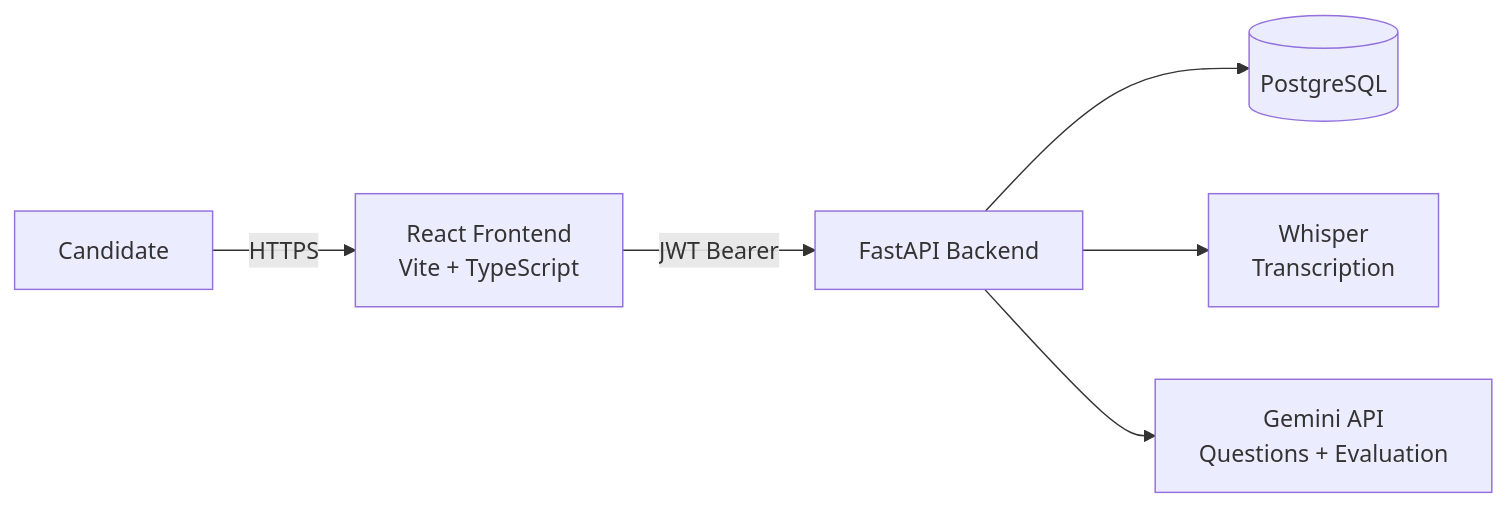
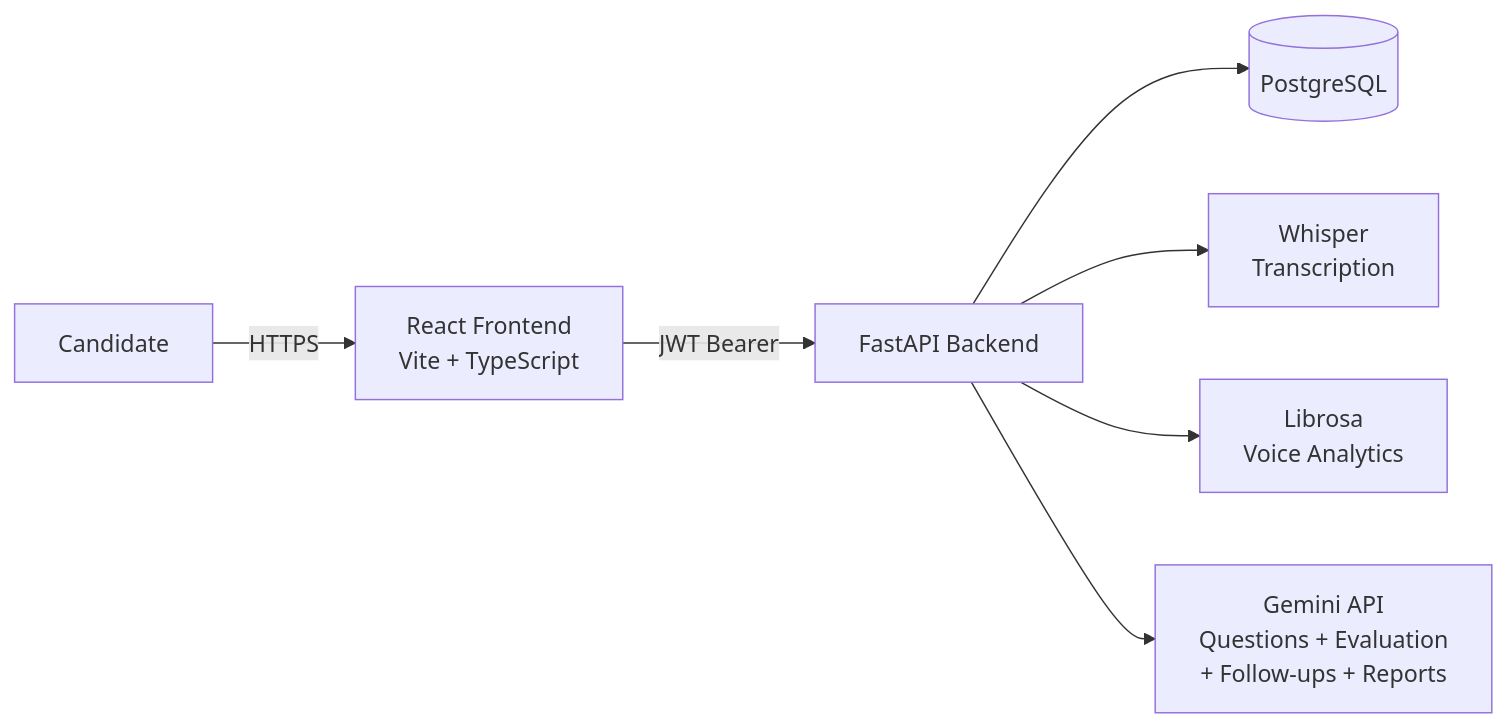
One commit to KeerthanaPothula/ai-interview-intelligence-platform changed the diagram in README.md. Above: the diagram before and after it, drawn with Mermaid. The commit also changed other lines of this file and 29 other files, not shown here.

First line of the commit message:
Add voice analytics, AI follow-up interviews, analytics dashboard, and final reporting

````diff
--- a/README.md
+++ b/README.md
@@ -80,8 +102,9 @@
 ```mermaid
 flowchart LR
     User[Candidate] -->|HTTPS| FE[React Frontend\nVite + TypeScript]
     FE -->|JWT Bearer| API[FastAPI Backend]
     API --> DB[(PostgreSQL)]
     API --> Whisper[Whisper\nTranscription]
-    API --> Gemini[Gemini API\nQuestions + Evaluation]
+    API --> Librosa[Librosa\nVoice Analytics]
+    API --> Gemini[Gemini API\nQuestions + Evaluation\n+ Follow-ups + Reports]
 ```
````
